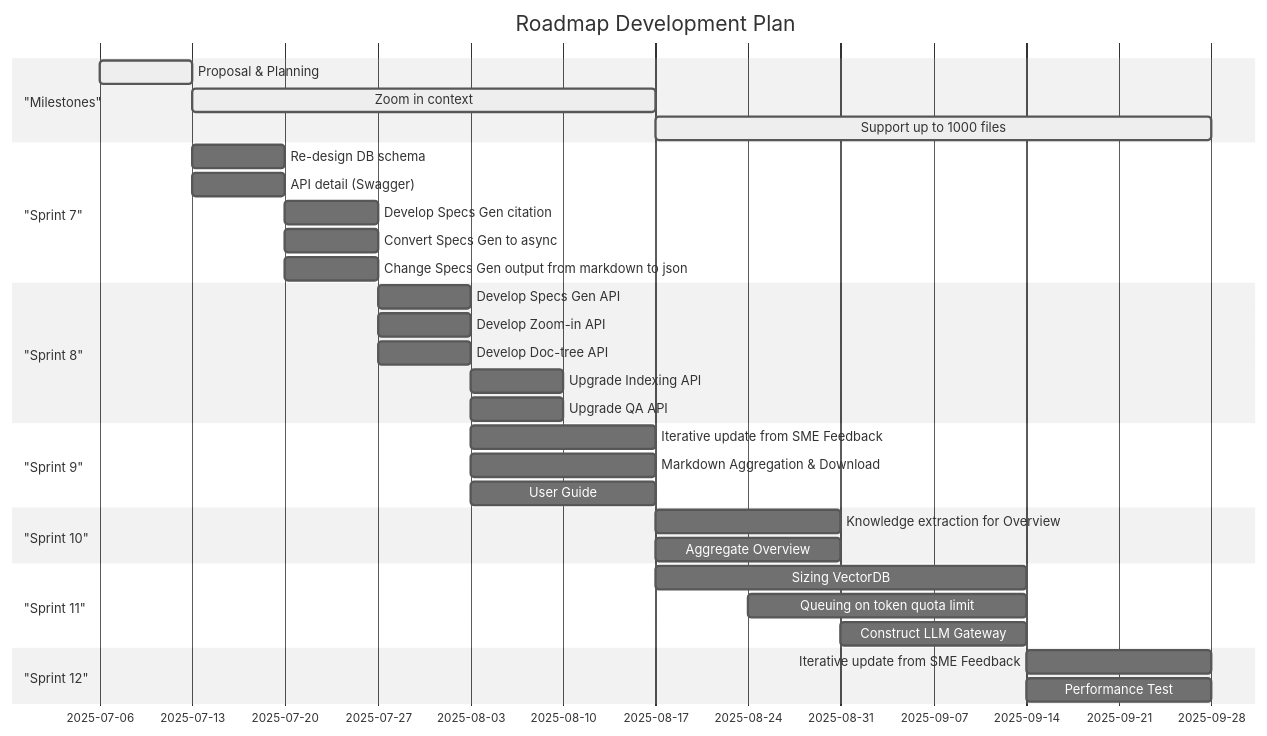
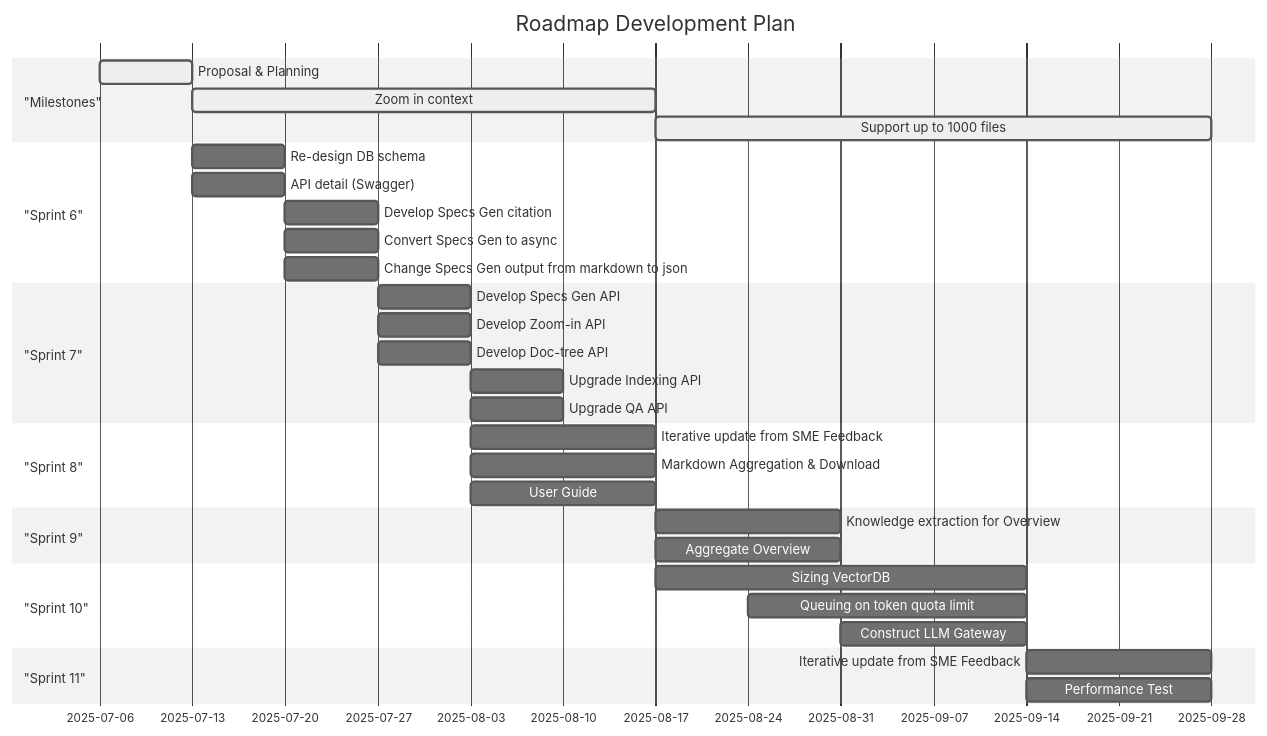
One commit to anhttmle/CAIO changed the diagram in C2B/Phase 2/Roadmap.md. Above: the diagram before and after it, drawn with Mermaid (neutral theme).

````diff
--- a/C2B/Phase 2/Roadmap.md
+++ b/C2B/Phase 2/Roadmap.md
@@ -3,51 +3,51 @@
 ```mermaid
 
 gantt
     title Roadmap Development Plan
     dateFormat  YYYY-MM-DD
     axisFormat  %Y-%m-%d
 
     section "Milestones"
     Proposal & Planning                     :active, zoom, 2025-07-06, 2025-07-13
     Zoom in context                     :active, zoom, 2025-07-13, 2025-08-17
     Support up to 1000 files           :active, scale_up, 2025-08-17, 2025-09-28
 
-    section "Sprint 7"
+    section "Sprint 6"
     Re-design DB schema                :db_schema, 2025-07-13, 2025-07-20
     API detail (Swagger)            :doc_api, 2025-07-13, 2025-07-20
 
     Develop Specs Gen citation             :citation_api, 2025-07-20, 2025-07-27
     Convert Specs Gen to async         :specs_async, 2025-07-20, 2025-07-27
     Change Specs Gen output from markdown to json             :convert_json, 2025-07-20, 2025-07-27
 
-    section "Sprint 8"
+    section "Sprint 7"
     Develop Specs Gen API   :gen_specs, 2025-07-27, 2025-08-03
     Develop Zoom-in API   :zoom-in, 2025-07-27, 2025-08-03
     Develop Doc-tree API   :doc-tree, 2025-07-27, 2025-08-03
 
     Upgrade Indexing API    :index_api, 2025-08-03, 2025-08-10
     Upgrade QA API    :qa_api, 2025-08-03, 2025-08-10
 
-    section "Sprint 9"
+    section "Sprint 8"
 
     Iterative update from SME Feedback  :optimize, 2025-08-03, 2025-08-17
     Markdown Aggregation & Download   :markdown, 2025-08-03, 2025-08-17
     User Guide          :user-guide, 2025-08-03, 2025-08-17
 
-    section "Sprint 10"
+    section "Sprint 9"
     Knowledge extraction for Overview    :knowledge_extract, 2025-08-17, 2025-08-31
     Aggregate Overview    :aggregate_overview, 2025-08-17, 2025-08-31
 
-    section "Sprint 11"
+    section "Sprint 10"
     Sizing VectorDB    :sizing_vectordb, 2025-08-17, 2025-09-14
     Queuing on token quota limit    :queue_on_limit, 2025-08-24, 2025-09-14
     Construct LLM Gateway    :llm_gateway, 2025-08-31, 2025-09-14
 
-    section "Sprint 12"
+    section "Sprint 11"
     Iterative update from SME Feedback  :optimize, 2025-09-14, 2025-09-28
     Performance Test  :optimize, 2025-09-14, 2025-09-28
 
 
 
 
 ```
````
